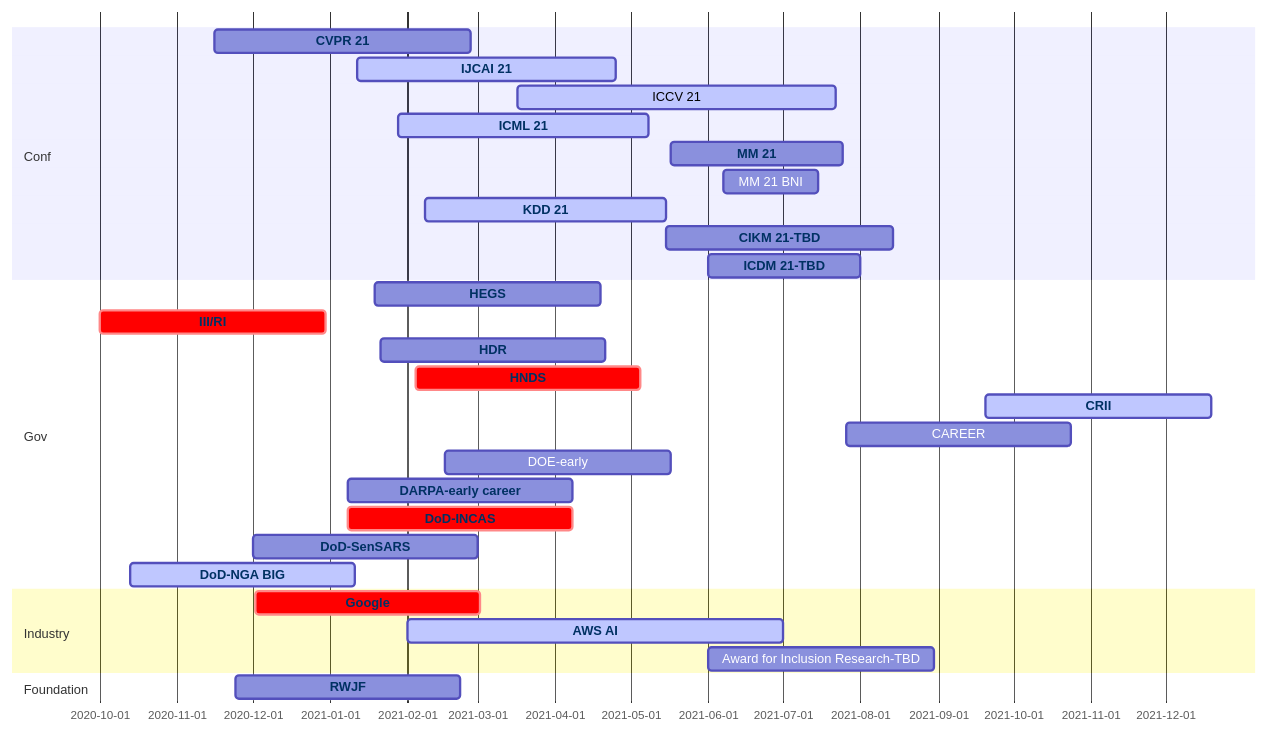
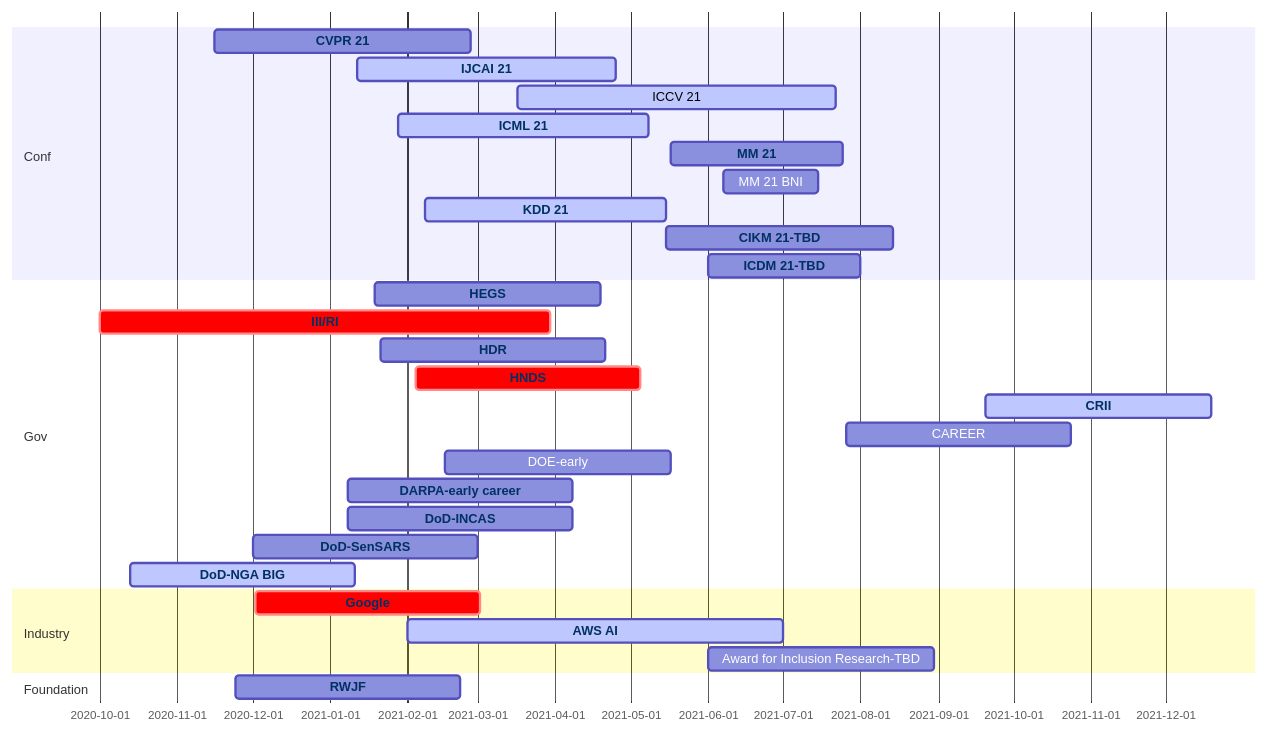
One commit to aquastar/academic-kickstart changed the diagram in content/post/conf/index.md. Above: the diagram before and after it, drawn with Mermaid.

````diff
--- a/content/post/conf/index.md
+++ b/content/post/conf/index.md
@@ -16,56 +16,56 @@
 ```mermaid
 gantt
   dateFormat  MM/DD/YY
   section Conf
     CVPR 21 :cvpr, 11/16/20, 02/26/21
     IJCAI 21 :active, ijcai, 01/12/21, 04/25/21
     ICCV 21 :active, 03/17/21, 07/22/21
     ICML 21:active, icml, 01/28/21, 05/08/21
     MM 21:mm, 05/17/21, 07/25/21
     MM 21 BNI:mmbni, 06/07/21, 07/15/21
     KDD 21:active, kdd, 02/08/21, 05/15/21
     CIKM 21-TBD:cikm, 05/15/21, 08/14/21
     ICDM 21-TBD:icdm, 06/01/21, 08/01/21
   section Gov
     HEGS: hegs, 01/19/21, 90d
-    III/RI:crit, iis, 10/01/20, 90d
+    III/RI:crit, iis, 10/01/20, 180d
     HDR :hdr, 01/21/21, 90d
     HNDS :crit, hnds, 02/04/21, 90d
     CRII :active, crii, 09/20/21, 90d 
     CAREER:career, 07/26/21, 90d
     DOE-early:doe, 02/16/21, 90d 
     DARPA-early career:  darpa, 01/08/21, 90d
-    DoD-INCAS:crit,  incas, 01/08/21, 90d
+    DoD-INCAS:incas, 01/08/21, 90d
     DoD-SenSARS: sensars, 12/01/20, 90d
     DoD-NGA BIG:active, nga, 10/13/20, 90d
   section Industry
     Google:crit,  google, 12/02/20, 90d
     AWS AI:active,  aws, 02/01/21, 07/01/21
     Award for Inclusion Research-TBD: air, 06/01/21, 90d
   section Foundation
     RWJF :rwjf, 11/24/20, 90d
 
 
   click nga href "https://beta.sam.gov/opp/3c218648f9f04658840e478a7f1048e1/view?keywords=HM0476-20-BAA-0001&sort=-relevance&index=&is_active=true&page=1"
   click sensars href "https://beta.sam.gov/opp/a84f1af107334afcbf39d885d8f668a3/view"
   click aws href "https://www.amazon.science/research-awards/call-for-proposals/aws-ai"
   click incas href "https://beta.sam.gov/opp/6bbca26d91df4eff96b4edfa2386c35f/view?keywords=incas&sort=-relevance&index=&is_active=true&page=1"
   click darpa href "https://www.darpa.mil/work-with-us/for-universities/young-faculty-award"
   click deo href "https://www.grants.gov/web/grants/search-grants.html"
   click cvpr href "http://cvpr2021.thecvf.com/"
   click iccv href "http://iccv2021.thecvf.com/"
   click icml href "https://icml.cc/Conferences/2021"
   click ijcai href "http://www.ijcai-21.org/"
   click kdd href "http://www.kdd.org/kdd2021"
   click www href "https://www2021.thewebconf.org/"
   click cikm href "https://www.cikm2021.org/"
   click icdm href "http://icdm2021.bigke.org"
   click mm href "https://2020.acmmm.org/index.html"
   click crii href "https://www.nsf.gov/funding/pgm_summ.jsp?pims_id=504952"
   click hdr href "https://www.nsf.gov/funding/pgm_summ.jsp?pims_id=505828&org=NSF&sel_org=CISE&from=fund"
   click hnds href "https://www.nsf.gov/funding/pgm_summ.jsp?pims_id=505702"
   click rwjf href "https://anr.rwjf.org/viewCfp.do?cfpId=1509&cfpOverviewId="
   click iis href "https://www.nsf.gov/funding/pgm_summ.jsp?pims_id=505667&org=NSF"
   click hegs href "https://www.nsf.gov/funding/pgm_summ.jsp?pims_id=505745&org=NSF&sel_org=NSF&from=fund"
   click google href "https://research.google/outreach/research-scholar-program/"
 ```
````
